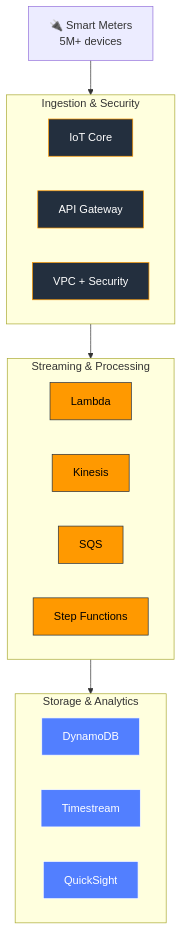
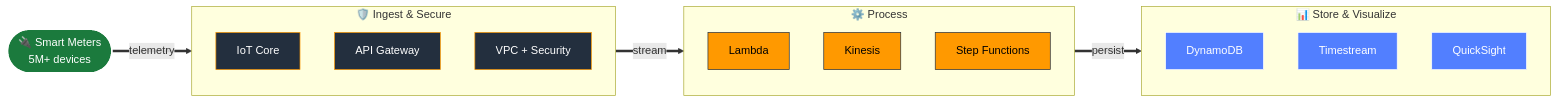
Before and after one commit to adityapandita97/adityapandita97.github.io: the second of 6 diagrams in README.md, drawn with Mermaid. The commit also changed other lines of this file, not shown here.

Commit message:
Make project diagrams horizontal + more dynamic (LR flow, edge labels, shaped nodes)

````diff
--- a/README.md
+++ b/README.md
@@ -96,31 +96,32 @@
 ```mermaid
-flowchart TB
-    M["🔌 Smart Meters<br/>5M+ devices"] --> ING
-    subgraph ING["Ingestion & Security"]
-        direction LR
+flowchart LR
+    M(["🔌 Smart Meters<br/>5M+ devices"]) ==>|telemetry| ING
+    subgraph ING["🛡️ Ingest & Secure"]
+        direction TB
         IOT["IoT Core"]
         AGW["API Gateway"]
         VPC["VPC + Security"]
     end
-    ING --> PROC
-    subgraph PROC["Streaming & Processing"]
-        direction LR
+    ING ==>|stream| PROC
+    subgraph PROC["⚙️ Process"]
+        direction TB
         LAM["Lambda"]
         KIN["Kinesis"]
-        SQS["SQS"]
         SFN["Step Functions"]
     end
-    PROC --> STORE
-    subgraph STORE["Storage & Analytics"]
-        direction LR
+    PROC ==>|persist| STORE
+    subgraph STORE["📊 Store & Visualize"]
+        direction TB
         DDB["DynamoDB"]
         TS["Timestream"]
         QS["QuickSight"]
     end
+    classDef meter fill:#1b7a3d,stroke:#fff,color:#fff,stroke-width:2px;
     classDef edge fill:#232F3E,stroke:#FF9900,color:#fff;
     classDef proc fill:#FF9900,stroke:#232F3E,color:#000;
     classDef data fill:#527FFF,stroke:#fff,color:#fff;
+    class M meter;
     class IOT,AGW,VPC edge;
-    class LAM,KIN,SQS,SFN proc;
+    class LAM,KIN,SFN proc;
     class DDB,TS,QS data;
 ```
````
